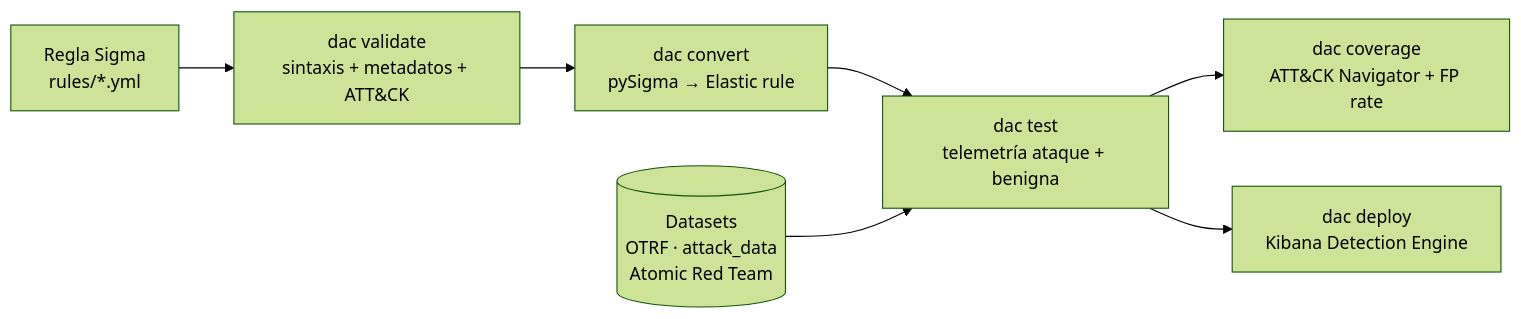
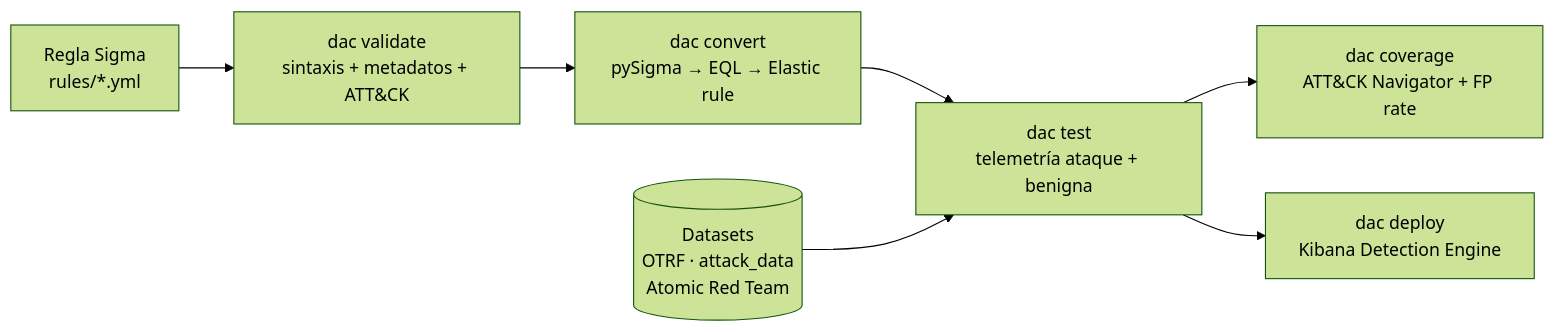
The diagram in README.md (108M/Detection-as-Code), drawn with Mermaid (forest theme) before and after one commit. The commit also changed other lines of this file and 22 other files, not shown here.

First line of the commit message:
Add Sigma-to-Elastic EQL conversion

````diff
--- a/README.md
+++ b/README.md
@@ -9,9 +9,9 @@
 ```mermaid
 flowchart LR
     A[Regla Sigma<br/>rules/*.yml] --> B[dac validate<br/>sintaxis + metadatos + ATT&CK]
-    B --> C[dac convert<br/>pySigma → Elastic rule]
+    B --> C[dac convert<br/>pySigma → EQL → Elastic rule]
     C --> D[dac test<br/>telemetría ataque + benigna]
     D --> E[dac coverage<br/>ATT&CK Navigator + FP rate]
     D --> F[dac deploy<br/>Kibana Detection Engine]
     T[(Datasets<br/>OTRF · attack_data<br/>Atomic Red Team)] --> D
 ```
````
